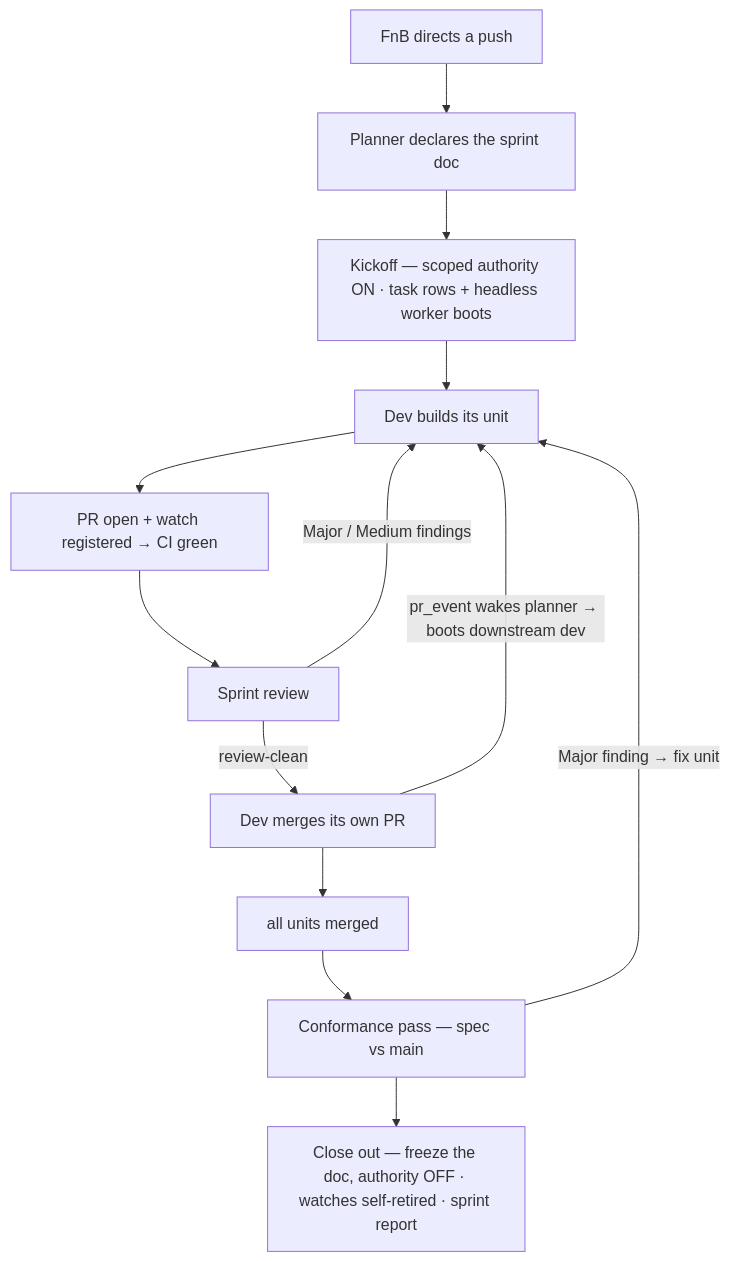
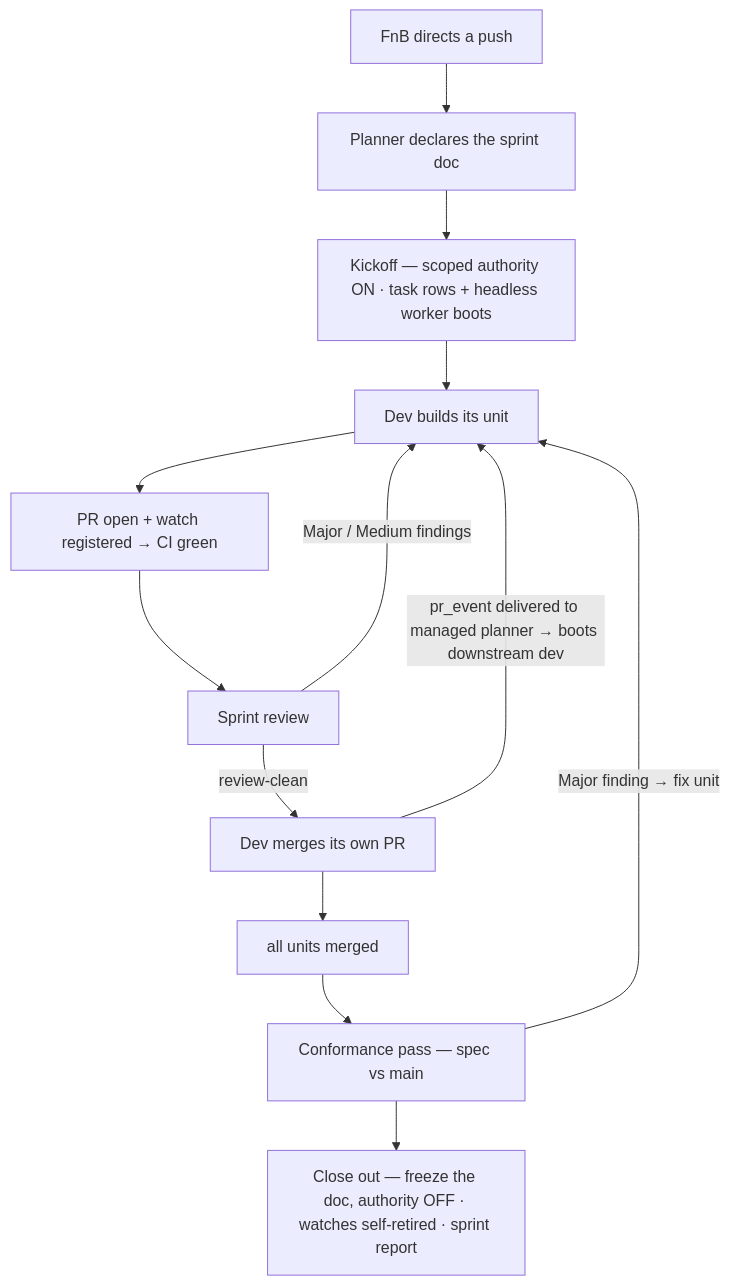
Before and after one commit to jedbjorn/subfloor: the second of 3 diagrams in docs/README.md, drawn with Mermaid. The commit also changed other lines of this file and 1 other file, not shown here.

````diff
--- a/docs/README.md
+++ b/docs/README.md
@@ -495,15 +495,15 @@
 ```mermaid
 graph TD
   F[FnB directs a push]:::class4 --> D[Planner declares the sprint doc]:::class1
   D --> K[Kickoff — scoped authority ON · task rows + headless worker boots]:::class1
   K --> B[Dev builds its unit]:::class2
   B --> P[PR open + watch registered → CI green]:::class2
   P --> R[Sprint review]:::class3
   R -->|Major / Medium findings| B
   R -->|review-clean| M[Dev merges its own PR]:::class2
-  M -->|pr_event wakes planner → boots downstream dev| B
+  M -->|pr_event delivered to managed planner → boots downstream dev| B
   M --> C[all units merged]:::class1
   C --> Q[Conformance pass — spec vs main]:::class3
   Q -->|Major finding → fix unit| B
   Q --> X[Close out — freeze the doc, authority OFF · watches self-retired · sprint report]:::class1
 ```
````
